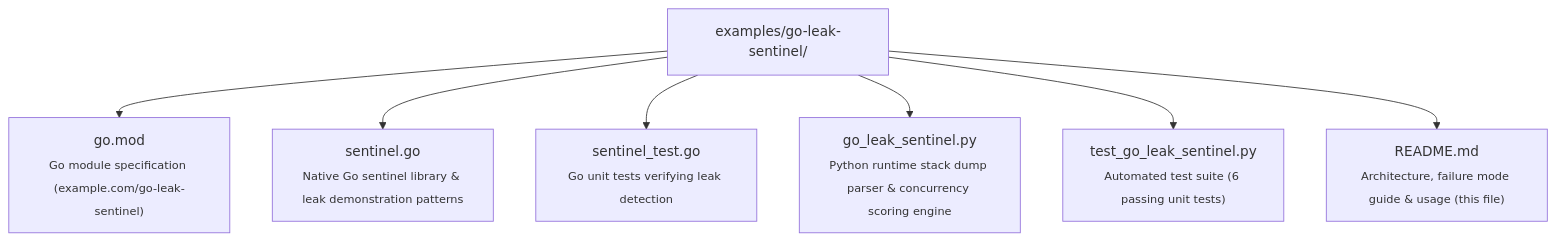
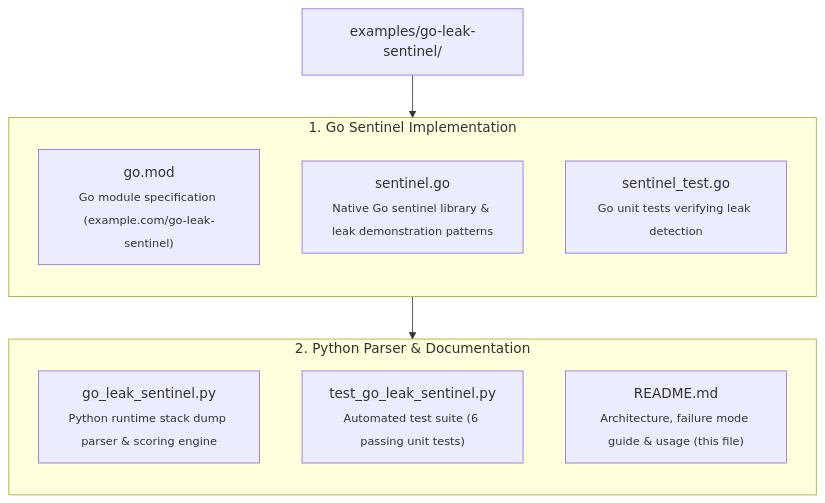
Before and after one commit to dan-petty/vibes: the second of 2 diagrams in examples/go-leak-sentinel/README.md, drawn with Mermaid. The commit also changed 3 other files, not shown here.

Commit message:
docs: format directory map Mermaid diagrams in portrait orientation

````diff
--- a/examples/go-leak-sentinel/README.md
+++ b/examples/go-leak-sentinel/README.md
@@ -100,11 +100,21 @@
 ```mermaid
 flowchart TD
     Root["examples/go-leak-sentinel/"]
-    
-    Root --> F_Mod["go.mod<br><sub>Go module specification (example.com/go-leak-sentinel)</sub>"]
-    Root --> F_Go["sentinel.go<br><sub>Native Go sentinel library & leak demonstration patterns</sub>"]
-    Root --> F_GoTest["sentinel_test.go<br><sub>Go unit tests verifying leak detection</sub>"]
-    Root --> F_Py["go_leak_sentinel.py<br><sub>Python runtime stack dump parser & concurrency scoring engine</sub>"]
-    Root --> F_PyTest["test_go_leak_sentinel.py<br><sub>Automated test suite (6 passing unit tests)</sub>"]
-    Root --> F_Readme["README.md<br><sub>Architecture, failure mode guide & usage (this file)</sub>"]
+
+    subgraph GoPkg["1. Go Sentinel Implementation"]
+        direction TB
+        F_Mod["go.mod<br><sub>Go module specification (example.com/go-leak-sentinel)</sub>"]
+        F_Go["sentinel.go<br><sub>Native Go sentinel library & leak demonstration patterns</sub>"]
+        F_GoTest["sentinel_test.go<br><sub>Go unit tests verifying leak detection</sub>"]
+    end
+
+    subgraph PyPkg["2. Python Parser & Documentation"]
+        direction TB
+        F_Py["go_leak_sentinel.py<br><sub>Python runtime stack dump parser & scoring engine</sub>"]
+        F_PyTest["test_go_leak_sentinel.py<br><sub>Automated test suite (6 passing unit tests)</sub>"]
+        F_Readme["README.md<br><sub>Architecture, failure mode guide & usage (this file)</sub>"]
+    end
+
+    Root --> GoPkg
+    GoPkg --> PyPkg
 ```
````
